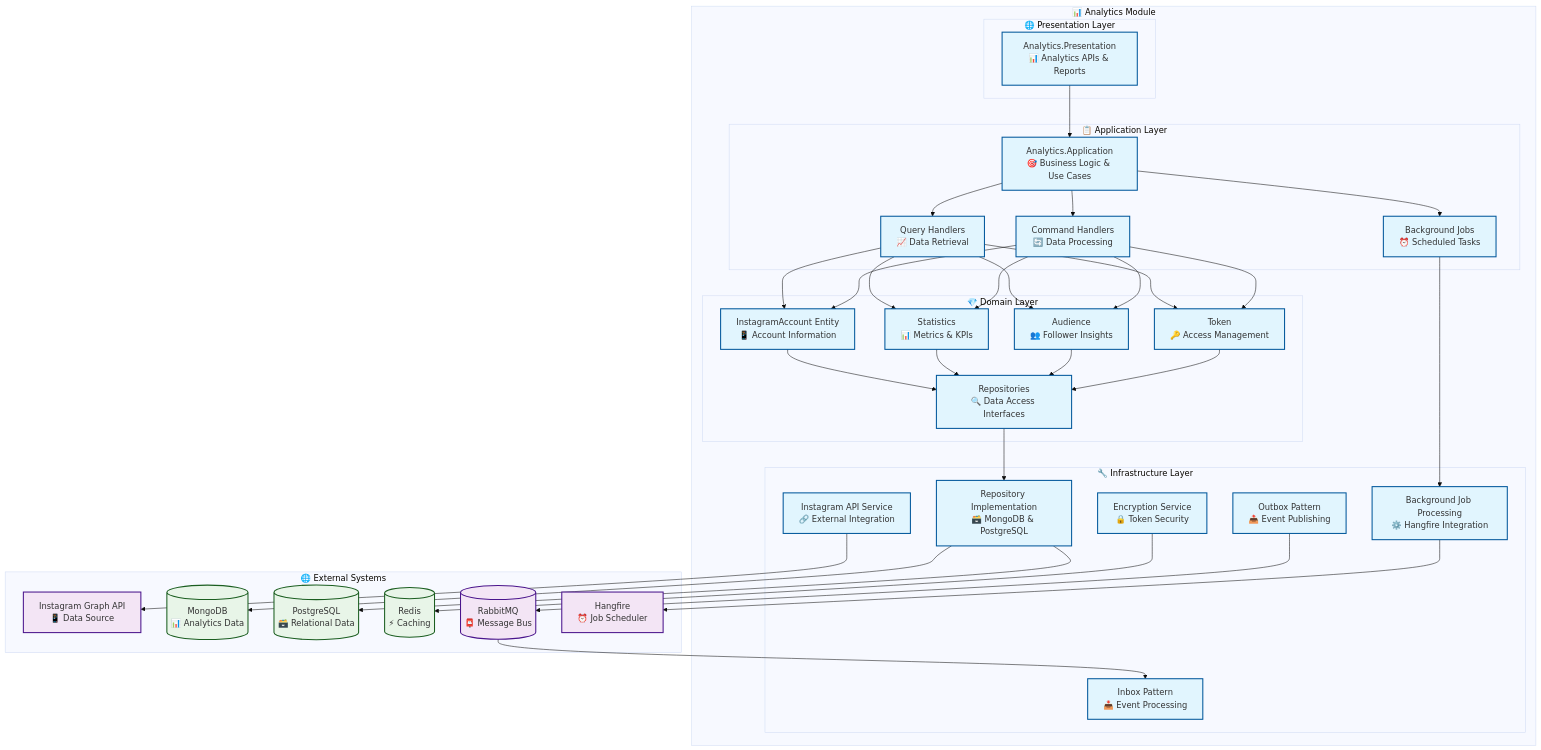
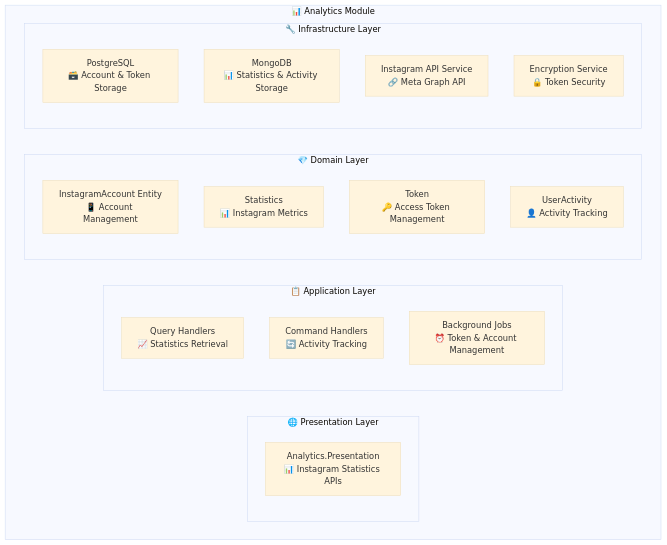
The diagram in docs/modules/analytics/README.md (IIIA-KO/Lanka), drawn with Mermaid (base theme) before and after one commit. The commit also changed other lines of this file and 3 other files, not shown here.

````diff
--- a/docs/modules/analytics/README.md
+++ b/docs/modules/analytics/README.md
@@ -23,62 +23,28 @@
 ```mermaid
 graph TB
     subgraph "📊 Analytics Module"
         subgraph "🌐 Presentation Layer"
-            AP[Analytics.Presentation<br/>📊 Analytics APIs & Reports]
+            AP[Analytics.Presentation<br/>📊 Instagram Statistics APIs]
         end
         
         subgraph "📋 Application Layer"
-            AA[Analytics.Application<br/>🎯 Business Logic & Use Cases]
-            AQ[Query Handlers<br/>📈 Data Retrieval]
-            AC[Command Handlers<br/>🔄 Data Processing]
-            BJ[Background Jobs<br/>⏰ Scheduled Tasks]
+            AQ[Query Handlers<br/>📈 Statistics Retrieval]
+            AC[Command Handlers<br/>🔄 Activity Tracking]
+            BJ[Background Jobs<br/>⏰ Token & Account Management]
         end
         
         subgraph "💎 Domain Layer"
-            IA[InstagramAccount Entity<br/>📱 Account Information]
-            STATS[Statistics<br/>📊 Metrics & KPIs]
-            AUD[Audience<br/>👥 Follower Insights]
-            TOKEN[Token<br/>🔑 Access Management]
-            REPO[Repositories<br/>🔍 Data Access Interfaces]
+            IA[InstagramAccount Entity<br/>📱 Account Management]
+            STATS[Statistics<br/>📊 Instagram Metrics]
+            TOKEN[Token<br/>🔑 Access Token Management]
+            UA[UserActivity<br/>👤 Activity Tracking]
         end
         
         subgraph "🔧 Infrastructure Layer"
-            IMPL[Repository Implementation<br/>🗃️ MongoDB & PostgreSQL]
-            IGAPI[Instagram API Service<br/>🔗 External Integration]
-            JOBS[Background Job Processing<br/>⚙️ Hangfire Integration]
+            PG[PostgreSQL<br/>🗃️ Account & Token Storage]
+            MONGO[MongoDB<br/>📊 Statistics & Activity Storage]
+            IGAPI[Instagram API Service<br/>🔗 Meta Graph API]
             ENCRYPT[Encryption Service<br/>🔒 Token Security]
-            INBOX[Inbox Pattern<br/>📥 Event Processing]
-            OUTBOX[Outbox Pattern<br/>📤 Event Publishing]
         end
     end
-    
-    subgraph "🌐 External Systems"
-        IG[Instagram Graph API<br/>📱 Data Source]
-        MONGO[(MongoDB<br/>📊 Analytics Data)]
-        POSTGRES[(PostgreSQL<br/>🗃️ Relational Data)]
-        REDIS[(Redis<br/>⚡ Caching)]
-        MB[(RabbitMQ<br/>📮 Message Bus)]
-        HANGFIRE[Hangfire<br/>⏰ Job Scheduler]
-    end
-    
-    AP --> AA
-    AA --> AQ & AC & BJ
-    AQ & AC --> IA & STATS & AUD & TOKEN
-    IA & STATS & AUD & TOKEN --> REPO
-    REPO --> IMPL
-    IMPL --> MONGO & POSTGRES
-    IGAPI --> IG
-    BJ --> JOBS
-    JOBS --> HANGFIRE
-    ENCRYPT --> REDIS
-    OUTBOX --> MB
-    MB --> INBOX
-    
-    classDef moduleStyle fill:#e1f5fe,stroke:#01579b,stroke-width:2px
-    classDef infraStyle fill:#f3e5f5,stroke:#4a148c,stroke-width:2px
-    classDef dataStyle fill:#e8f5e8,stroke:#1b5e20,stroke-width:2px
-    
-    class AP,AA,AQ,AC,BJ,IA,STATS,AUD,TOKEN,REPO,IMPL,IGAPI,JOBS,ENCRYPT,INBOX,OUTBOX moduleStyle
-    class IG,HANGFIRE,MB infraStyle
-    class MONGO,POSTGRES,REDIS dataStyle
 ```
````
